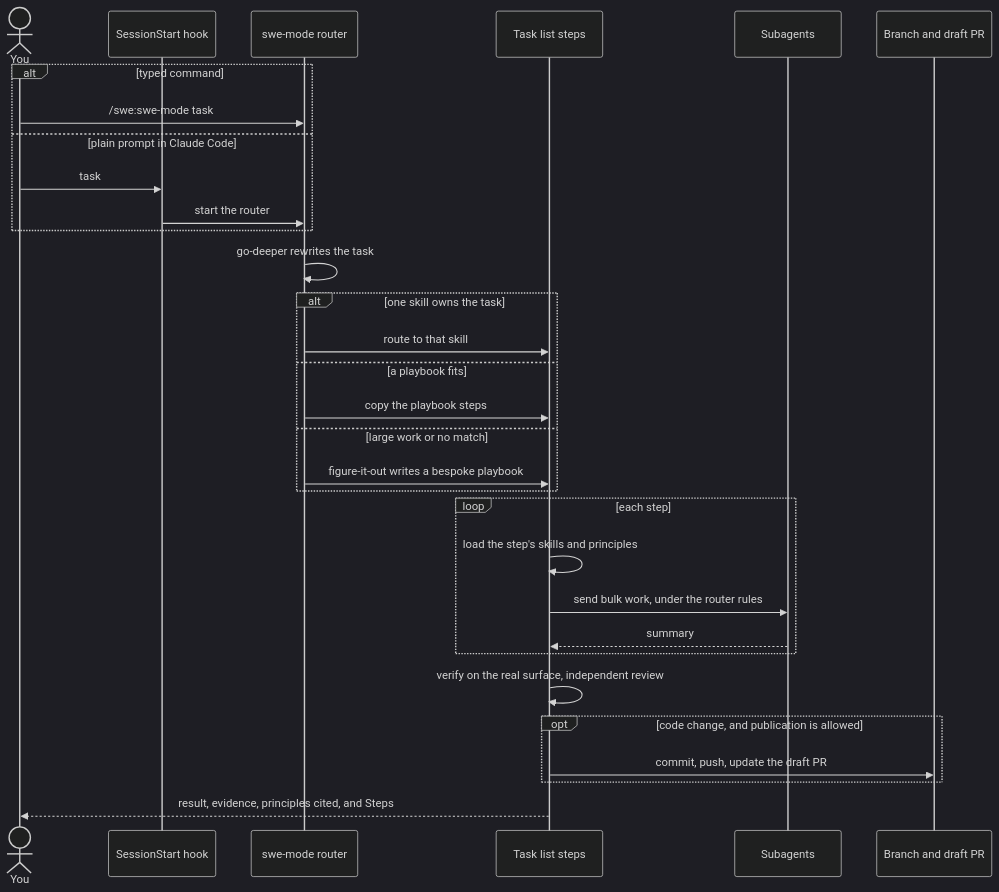
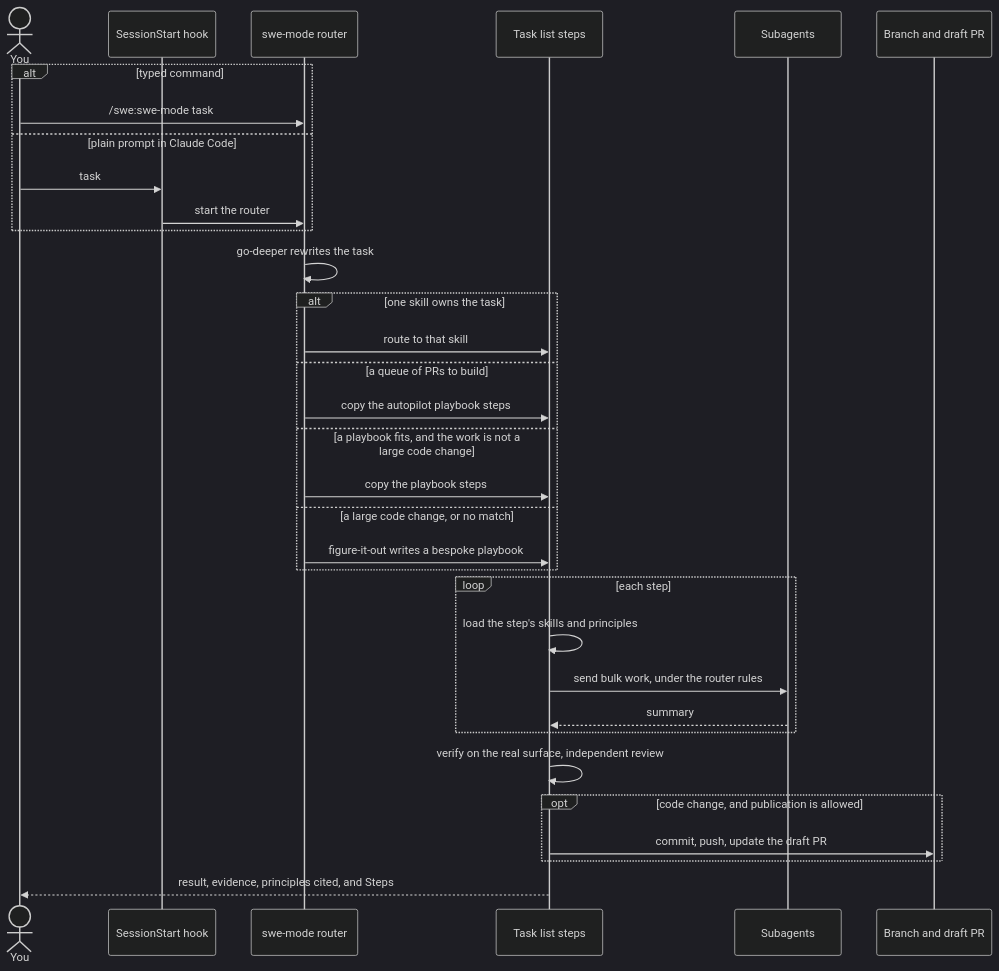
Before and after one commit to kpeez/agent-toolbox: the diagram in plugins/swe/README.md, drawn with Mermaid (dark theme). The commit also changed other lines of this file and 7 other files, not shown here.

````diff
--- a/plugins/swe/README.md
+++ b/plugins/swe/README.md
@@ -87,34 +87,36 @@
 ```mermaid
 sequenceDiagram
   actor You
   participant Hook as SessionStart hook
   participant Router as swe-mode router
   participant Steps as Task list steps
   participant Sub as Subagents
   participant PR as Branch and draft PR
 
   alt typed command
     You->>Router: /swe:swe-mode task
   else plain prompt in Claude Code
     You->>Hook: task
     Hook->>Router: start the router
   end
   Router->>Router: go-deeper rewrites the task
   alt one skill owns the task
     Router->>Steps: route to that skill
-  else a playbook fits
+  else a queue of PRs to build
+    Router->>Steps: copy the autopilot playbook steps
+  else a playbook fits, and the work is not a large code change
     Router->>Steps: copy the playbook steps
-  else large work or no match
+  else a large code change, or no match
     Router->>Steps: figure-it-out writes a bespoke playbook
   end
   loop each step
     Steps->>Steps: load the step's skills and principles
     Steps->>Sub: send bulk work, under the router rules
     Sub-->>Steps: summary
   end
   Steps->>Steps: verify on the real surface, independent review
   opt code change, and publication is allowed
     Steps->>PR: commit, push, update the draft PR
   end
   Steps-->>You: result, evidence, principles cited, and Steps
 ```
````
